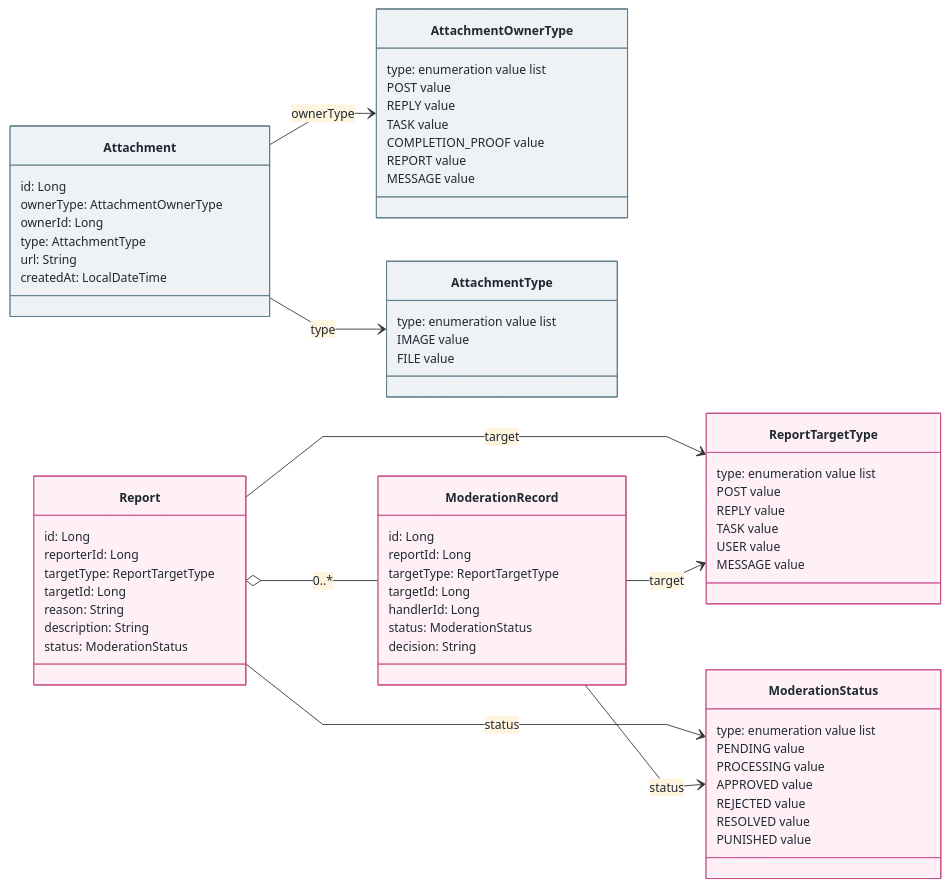
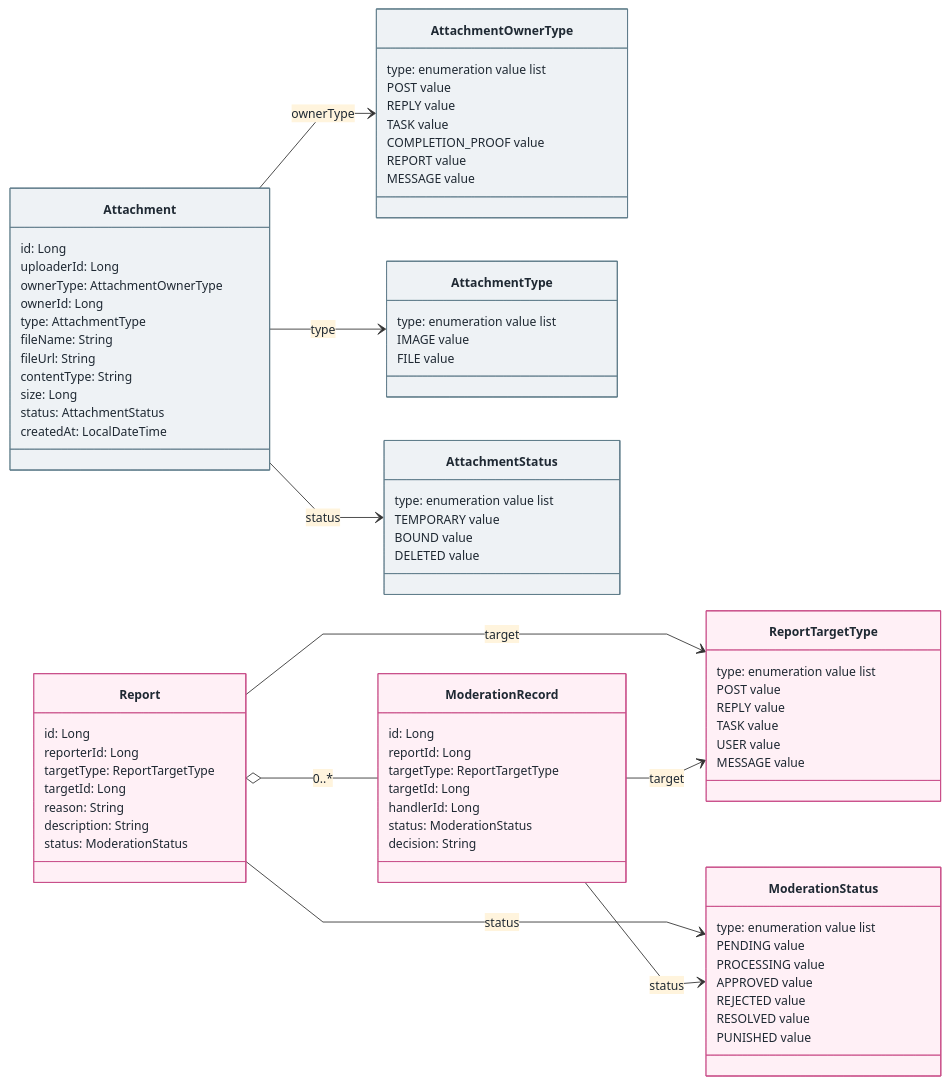
The diagram in docs/P3/01-核心类设计/核心类图/核心类图-附件治理模块.mmd (X-Immortal/CampusBridge), drawn with Mermaid before and after one commit. The commit also changed 13 other files, not shown here.

Commit message:
P3图片修正

```diff
--- a/docs/P3/01-核心类设计/核心类图/核心类图-附件治理模块.mmd
+++ b/docs/P3/01-核心类设计/核心类图/核心类图-附件治理模块.mmd
@@ -1,82 +1,95 @@
 %%{init: {"theme": "base", "themeVariables": {"fontFamily": "Arial, Microsoft YaHei, sans-serif", "fontSize": "14px", "primaryTextColor": "#1f2933", "lineColor": "#333333"}, "flowchart": {"curve": "linear"}, "class": {"hideEmptyMembersBox": true}}}%%
 classDiagram
 direction LR
 class Attachment {
   id: Long
+  uploaderId: Long
   ownerType: AttachmentOwnerType
   ownerId: Long
   type: AttachmentType
-  url: String
+  fileName: String
+  fileUrl: String
+  contentType: String
+  size: Long
+  status: AttachmentStatus
   createdAt: LocalDateTime
 }
 class AttachmentOwnerType {
   type: enumeration value list
   POST value
   REPLY value
   TASK value
   COMPLETION_PROOF value
   REPORT value
   MESSAGE value
 }
 class AttachmentType {
   type: enumeration value list
   IMAGE value
   FILE value
+}
+class AttachmentStatus {
+  type: enumeration value list
+  TEMPORARY value
+  BOUND value
+  DELETED value
 }
 class Report {
   id: Long
   reporterId: Long
   targetType: ReportTargetType
   targetId: Long
   reason: String
   description: String
   status: ModerationStatus
 }
 class ModerationRecord {
   id: Long
   reportId: Long
   targetType: ReportTargetType
   targetId: Long
   handlerId: Long
   status: ModerationStatus
   decision: String
 }
 class ReportTargetType {
   type: enumeration value list
   POST value
   REPLY value
   TASK value
   USER value
   MESSAGE value
 }
 class ModerationStatus {
   type: enumeration value list
   PENDING value
   PROCESSING value
   APPROVED value
   REJECTED value
   RESOLVED value
   PUNISHED value
 }
 Attachment --> AttachmentOwnerType : ownerType
 Attachment --> AttachmentType : type
+Attachment --> AttachmentStatus : status
 Report o-- ModerationRecord : 0..*
 Report --> ReportTargetType : target
 Report --> ModerationStatus : status
 ModerationRecord --> ReportTargetType : target
 ModerationRecord --> ModerationStatus : status
 class Attachment:::attach
 class AttachmentOwnerType:::attach
 class AttachmentType:::attach
+class AttachmentStatus:::attach
 class Report:::govern
 class ModerationRecord:::govern
 class ReportTargetType:::govern
 class ModerationStatus:::govern
 classDef view fill:#E9F5FF,stroke:#2F80ED,color:#1f2933;
 classDef user fill:#F0F7EA,stroke:#5A9C42,color:#1f2933;
 classDef post fill:#FFF6DE,stroke:#D99A00,color:#1f2933;
 classDef task fill:#FDECEC,stroke:#D94B4B,color:#1f2933;
 classDef msg fill:#F1ECFF,stroke:#7B61D1,color:#1f2933;
 classDef attach fill:#EEF2F5,stroke:#607D8B,color:#1f2933;
 classDef govern fill:#FFF0F6,stroke:#C94F8A,color:#1f2933;
 classDef service fill:#F5F5F5,stroke:#555555,color:#1f2933;
```
